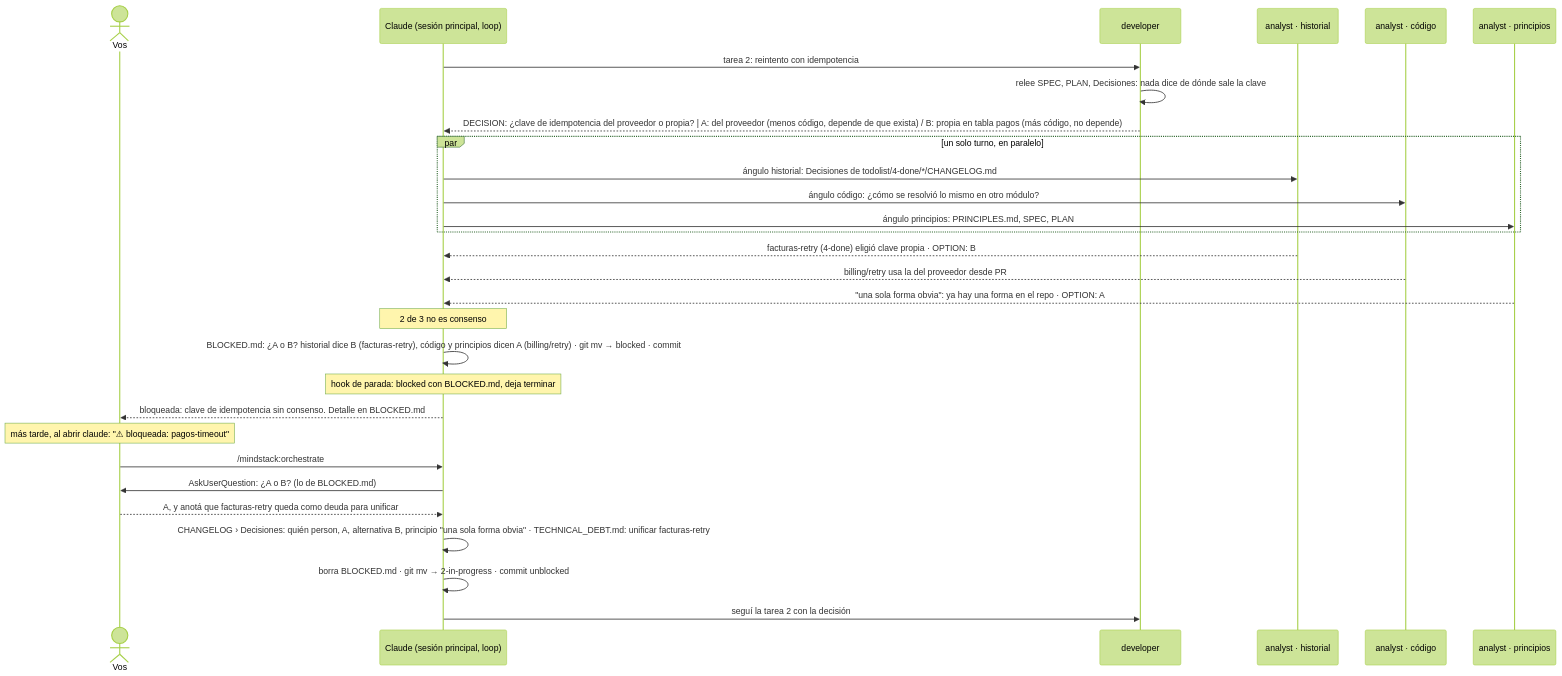
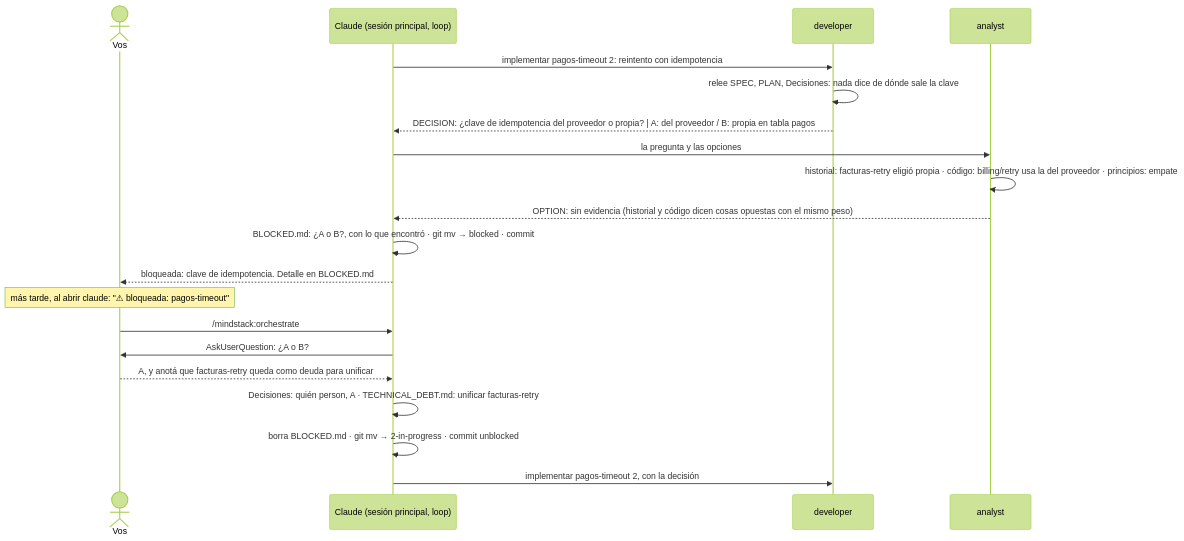
Before and after one commit to octavio-parozlabs/mindstack: the diagram in use-cases/03-decision-consensus.md, drawn with Mermaid (forest theme). The commit also changed other lines of this file and 63 other files, not shown here.

````diff
--- a/use-cases/03-decision-consensus.md
+++ b/use-cases/03-decision-consensus.md
@@ -5,34 +5,25 @@
 ```mermaid
 sequenceDiagram
     actor U as Vos
     participant C as Claude (sesión principal, loop)
     participant DEV as developer
-    participant A1 as analyst · historial
-    participant A2 as analyst · código
-    participant A3 as analyst · principios
+    participant A as analyst
 
-    C->>DEV: tarea 2: reintento con idempotencia
+    C->>DEV: implementar pagos-timeout 2: reintento con idempotencia
     DEV->>DEV: relee SPEC, PLAN, Decisiones: nada dice de dónde sale la clave
-    DEV-->>C: DECISION: ¿clave de idempotencia del proveedor o propia? | A: del proveedor (menos código, depende de que exista) / B: propia en tabla pagos (más código, no depende)
+    DEV-->>C: DECISION: ¿clave de idempotencia del proveedor o propia? | A: del proveedor / B: propia en tabla pagos
 
-    par un solo turno, en paralelo
-        C->>A1: ángulo historial: Decisiones de todolist/4-done/*/CHANGELOG.md
-        C->>A2: ángulo código: ¿cómo se resolvió lo mismo en otro módulo?
-        C->>A3: ángulo principios: PRINCIPLES.md, SPEC, PLAN
-    end
-    A1-->>C: facturas-retry (4-done) eligió clave propia · OPTION: B
-    A2-->>C: billing/retry usa la del proveedor desde PR #31 · OPTION: A
-    A3-->>C: "una sola forma obvia": ya hay una forma en el repo · OPTION: A
+    C->>A: la pregunta y las opciones
+    A->>A: historial: facturas-retry eligió propia · código: billing/retry usa la del proveedor · principios: empate
+    A-->>C: OPTION: sin evidencia (historial y código dicen cosas opuestas con el mismo peso)
 
-    Note over C: 2 de 3 no es consenso
-    C->>C: BLOCKED.md: ¿A o B? historial dice B (facturas-retry), código y principios dicen A (billing/retry) · git mv → blocked · commit
-    Note over C: hook de parada: blocked con BLOCKED.md, deja terminar
-    C-->>U: bloqueada: clave de idempotencia sin consenso. Detalle en BLOCKED.md
+    C->>C: BLOCKED.md: ¿A o B?, con lo que encontró · git mv → blocked · commit
+    C-->>U: bloqueada: clave de idempotencia. Detalle en BLOCKED.md
     Note over U: más tarde, al abrir claude: "⚠ bloqueada: pagos-timeout"
     U->>C: /mindstack:orchestrate
-    C->>U: AskUserQuestion: ¿A o B? (lo de BLOCKED.md)
+    C->>U: AskUserQuestion: ¿A o B?
     U-->>C: A, y anotá que facturas-retry queda como deuda para unificar
-    C->>C: CHANGELOG › Decisiones: quién person, A, alternativa B, principio "una sola forma obvia" · TECHNICAL_DEBT.md: unificar facturas-retry
+    C->>C: Decisiones: quién person, A · TECHNICAL_DEBT.md: unificar facturas-retry
     C->>C: borra BLOCKED.md · git mv → 2-in-progress · commit unblocked
-    C->>DEV: seguí la tarea 2 con la decisión
+    C->>DEV: implementar pagos-timeout 2, con la decisión
 ```
````
